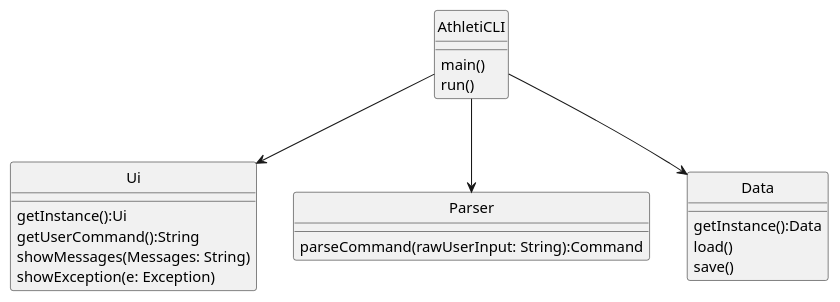
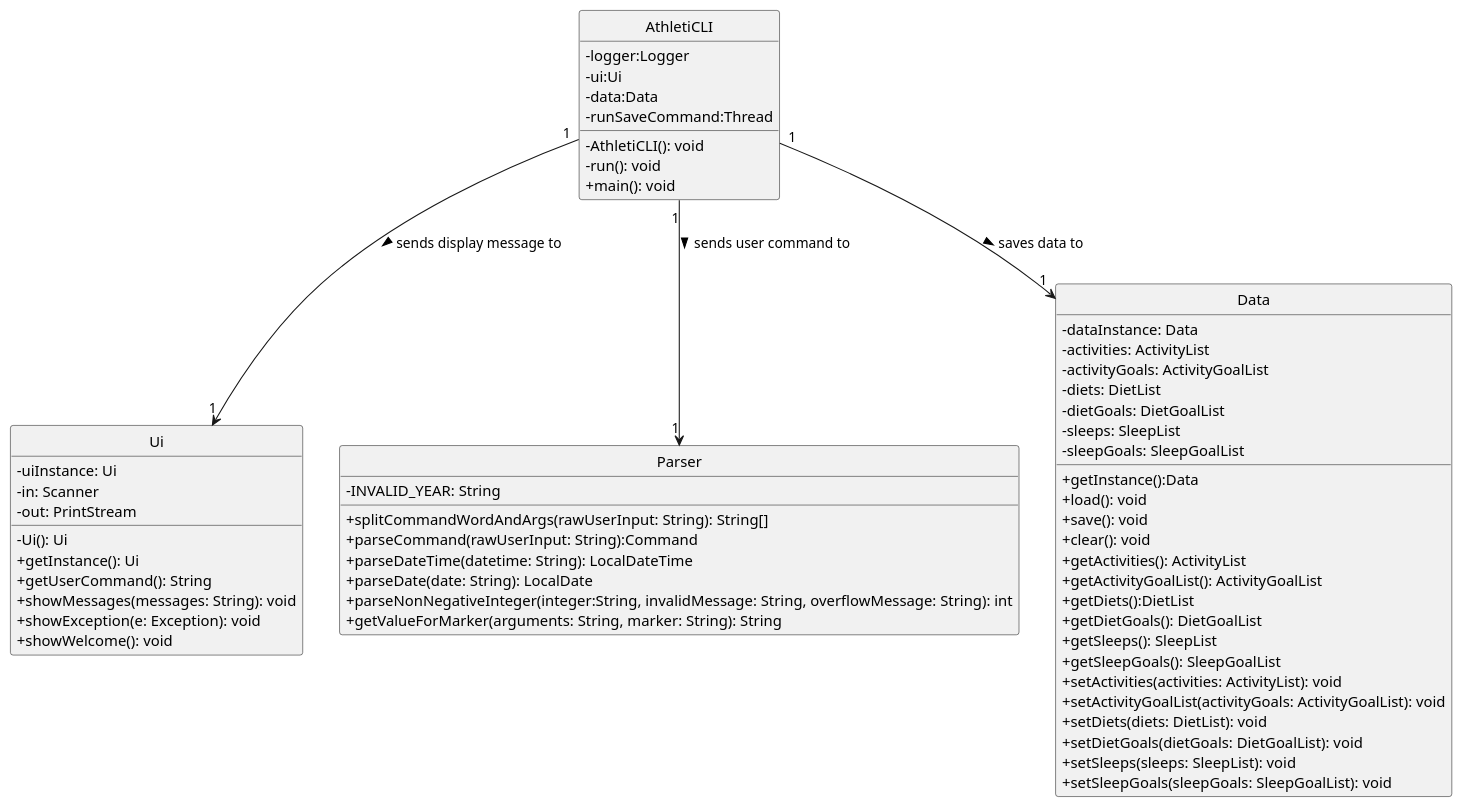
Before and after one commit to AY2324S1-CS2113-T17-1/tp: the diagram in docs/puml/General/MainClassDiagram.puml, drawn with PlantUML. The commit also changed 6 other files, not shown here.

Commit message:
Update DG for main class diagram and diet goal diagrams

```diff
--- a/docs/puml/General/MainClassDiagram.puml
+++ b/docs/puml/General/MainClassDiagram.puml
@@ -1,31 +1,70 @@
 @startuml
 'https://plantuml.com/class-diagram
+skinparam classAttributeIconSize 0
 hide circle
 
 class AthletiCLI{
-    main()
-    run()
+    -logger:Logger
+    -ui:Ui
+    -data:Data
+    -runSaveCommand:Thread
+    -AthletiCLI(): void
+    -run(): void
+    +main(): void
 
 }
 class Ui{
-    getInstance():Ui
-    getUserCommand():String
-    showMessages(Messages: String)
-    showException(e: Exception)
+    - uiInstance: Ui
+    - in: Scanner
+    - out: PrintStream
+    - Ui(): Ui
+    + getInstance(): Ui
+    + getUserCommand(): String
+    + showMessages(messages: String): void
+    + showException(e: Exception): void
+    + showWelcome(): void
 
 }
 class Parser{
-     parseCommand(rawUserInput: String):Command
+     - INVALID_YEAR: String
+     + splitCommandWordAndArgs(rawUserInput: String): String[]
+     + parseCommand(rawUserInput: String):Command
+     + parseDateTime(datetime: String): LocalDateTime
+     + parseDate(date: String): LocalDate
+     + parseNonNegativeInteger(integer:String, invalidMessage: String, overflowMessage: String): int
+     + getValueForMarker(arguments: String, marker: String): String
+
 }
 class Data{
-    getInstance():Data
-    load()
-    save()
+    - dataInstance: Data
+    - activities: ActivityList
+    - activityGoals: ActivityGoalList
+    - diets: DietList
+    - dietGoals: DietGoalList
+    - sleeps: SleepList
+    - sleepGoals: SleepGoalList
+    + getInstance():Data
+    + load(): void
+    + save(): void
+    + clear(): void
+    + getActivities(): ActivityList
+    + getActivityGoalList(): ActivityGoalList
+    + getDiets():DietList
+    + getDietGoals(): DietGoalList
+    + getSleeps(): SleepList
+    + getSleepGoals(): SleepGoalList
+    + setActivities(activities: ActivityList): void
+    + setActivityGoalList(activityGoals: ActivityGoalList): void
+    + setDiets(diets: DietList): void
+    + setDietGoals(dietGoals: DietGoalList): void
+    + setSleeps(sleeps: SleepList): void
+    + setSleepGoals(sleepGoals: SleepGoalList): void
+
 }
 
 
 
-AthletiCLI --> Ui
-AthletiCLI --> Parser
-AthletiCLI --> Data
+AthletiCLI "1" --> "1" Ui : sends display message to >
+AthletiCLI "1" --> "1" Parser : sends user command to >
+AthletiCLI "1" --> "1" Data :  saves data to >
 @enduml
```
